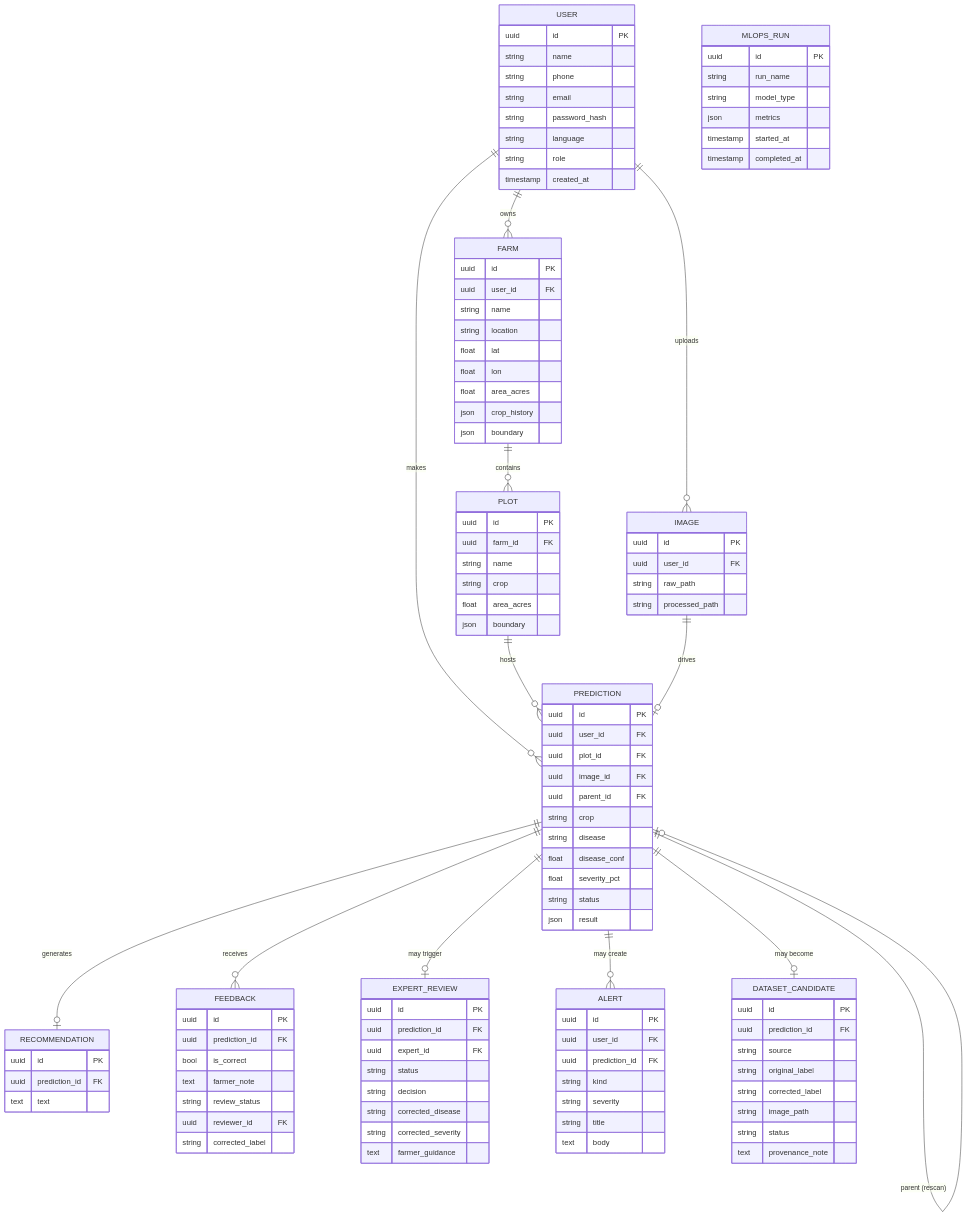
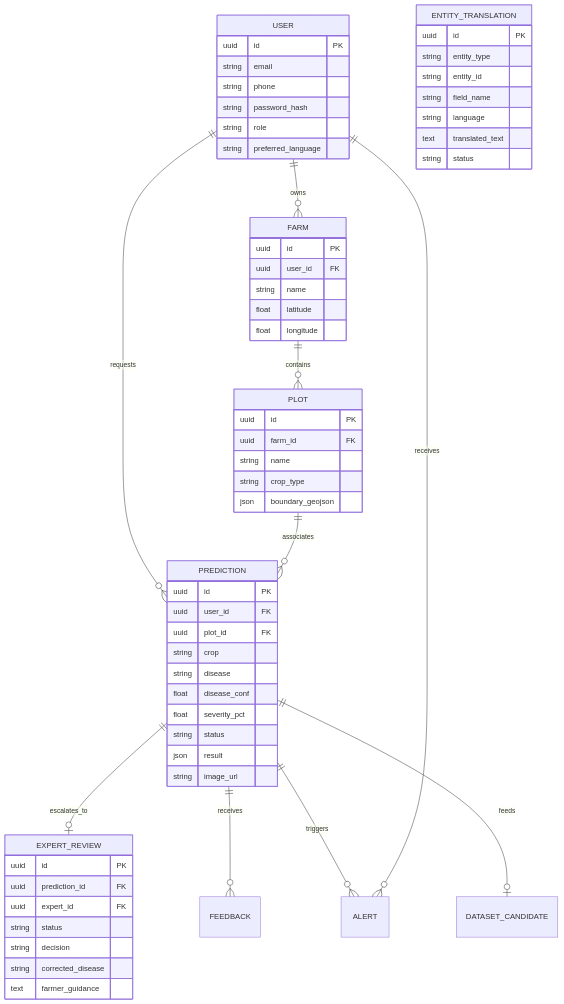
Before and after one commit to manthan2876/Smart-Farming: the third of 7 diagrams in Docs/Architecture.md, drawn with Mermaid. The commit also changed other lines of this file and 10 other files, not shown here.

Commit message:
docs: update documentation to 19 October 2026 reflecting Render, Hugging Face Space, and Supabase architecture

````diff
--- a/Docs/Architecture.md
+++ b/Docs/Architecture.md
@@ -415,66 +290,48 @@
 ```mermaid
 erDiagram
+    USER ||--o{ FARM : owns
+    FARM ||--o{ PLOT : contains
+    USER ||--o{ PREDICTION : requests
+    PLOT ||--o{ PREDICTION : associates
+    PREDICTION ||--o| EXPERT_REVIEW : escalates_to
+    PREDICTION ||--o{ FEEDBACK : receives
+    PREDICTION ||--o{ ALERT : triggers
+    PREDICTION ||--o| DATASET_CANDIDATE : feeds
+    USER ||--o{ ALERT : receives
+
     USER {
         uuid id PK
-        string name
+        string email
         string phone
-        string email
         string password_hash
-        string language
         string role
-        timestamp created_at
+        string preferred_language
     }
     FARM {
         uuid id PK
         uuid user_id FK
         string name
-        string location
-        float lat
-        float lon
-        float area_acres
-        json crop_history
-        json boundary
+        float latitude
+        float longitude
     }
     PLOT {
         uuid id PK
         uuid farm_id FK
         string name
-        string crop
-        float area_acres
-        json boundary
-    }
-    IMAGE {
-        uuid id PK
-        uuid user_id FK
-        string raw_path
-        string processed_path
+        string crop_type
+        json boundary_geojson
     }
     PREDICTION {
         uuid id PK
         uuid user_id FK
         uuid plot_id FK
-        uuid image_id FK
-        uuid parent_id FK
         string crop
         string disease
         float disease_conf
         float severity_pct
         string status
         json result
-    }
-    RECOMMENDATION {
-        uuid id PK
-        uuid prediction_id FK
-        text text
-    }
-    FEEDBACK {
-        uuid id PK
-        uuid prediction_id FK
-        bool is_correct
-        text farmer_note
-        string review_status
-        uuid reviewer_id FK
-        string corrected_label
+        string image_url
     }
     EXPERT_REVIEW {
         uuid id PK
@@ -483,47 +340,15 @@
         string status
         string decision
         string corrected_disease
-        string corrected_severity
         text farmer_guidance
     }
-    ALERT {
+    ENTITY_TRANSLATION {
         uuid id PK
-        uuid user_id FK
-        uuid prediction_id FK
-        string kind
-        string severity
-        string title
-        text body
+        string entity_type
+        string entity_id
+        string field_name
+        string language
+        text translated_text
+        string status
     }
-    DATASET_CANDIDATE {
-        uuid id PK
-        uuid prediction_id FK
-        string source
-        string original_label
-        string corrected_label
-        string image_path
-        string status
-        text provenance_note
-    }
-    MLOPS_RUN {
-        uuid id PK
-        string run_name
-        string model_type
-        json metrics
-        timestamp started_at
-        timestamp completed_at
-    }
-
-    USER ||--o{ FARM : "owns"
-    FARM ||--o{ PLOT : "contains"
-    USER ||--o{ IMAGE : "uploads"
-    USER ||--o{ PREDICTION : "makes"
-    PLOT ||--o{ PREDICTION : "hosts"
-    IMAGE ||--o| PREDICTION : "drives"
-    PREDICTION ||--o| PREDICTION : "parent (rescan)"
-    PREDICTION ||--o| RECOMMENDATION : "generates"
-    PREDICTION ||--o{ FEEDBACK : "receives"
-    PREDICTION ||--o| EXPERT_REVIEW : "may trigger"
-    PREDICTION ||--o{ ALERT : "may create"
-    PREDICTION ||--o| DATASET_CANDIDATE : "may become"
 ```
````
